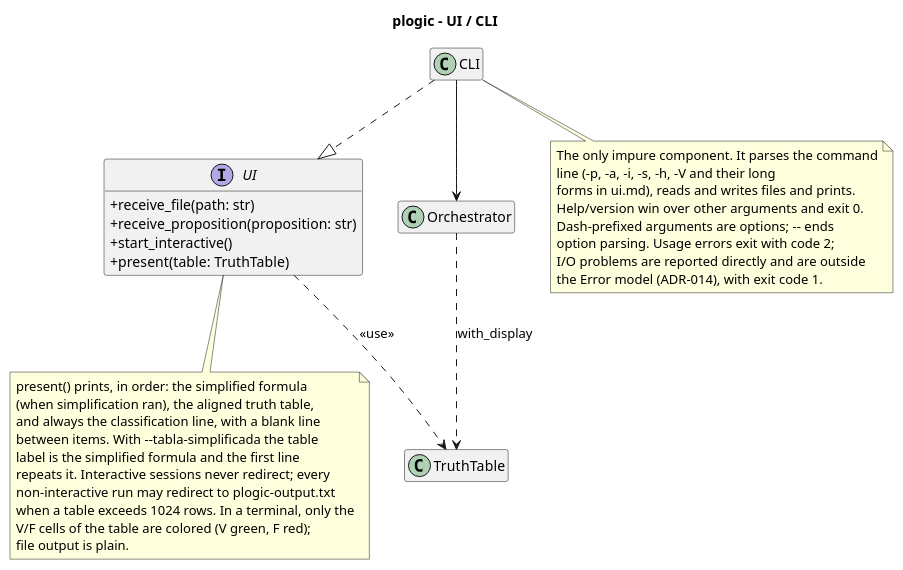
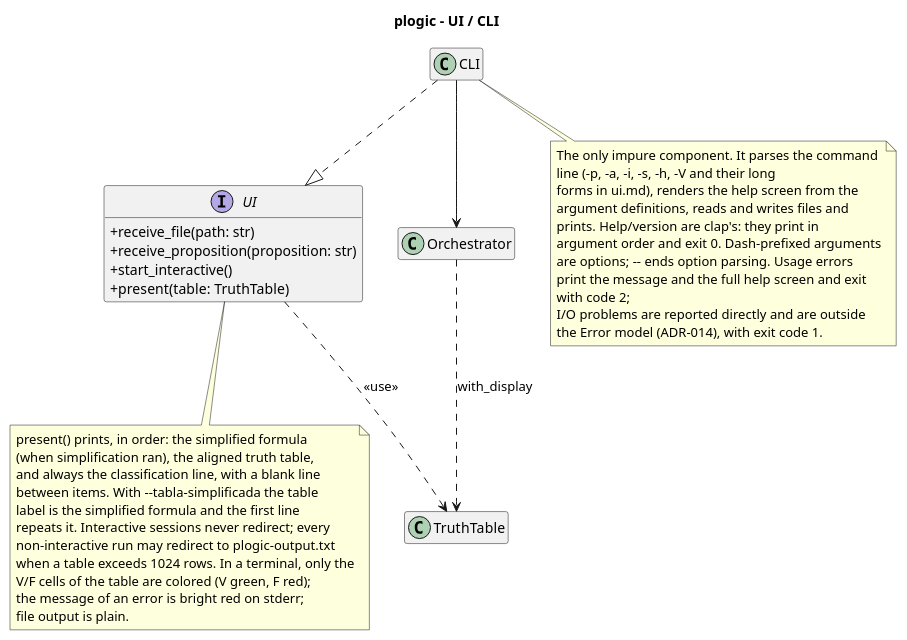
The diagram in design/diagrams/ui_class.puml (Josgtg/plogic), drawn with PlantUML before and after one commit. The commit also changed 3 other files, not shown here.

Commit message:
design: document the CLI parser, generated help and red errors

```diff
--- a/design/diagrams/ui_class.puml
+++ b/design/diagrams/ui_class.puml
@@ -1,51 +1,55 @@
 @startuml ui_class
 title plogic - UI / CLI
 
 skinparam classAttributeIconSize 0
 hide empty members
 
 interface UI {
   +receive_file(path: str)
   +receive_proposition(proposition: str)
   +start_interactive()
   +present(table: TruthTable)
 }
 
 class CLI
 
 class Orchestrator
 
 class TruthTable
 
 note bottom of CLI
   The only impure component. It parses the command
   line (-p, -a, -i, -s, -h, -V and their long
-  forms in ui.md), reads and writes files and prints.
-  Help/version win over other arguments and exit 0.
-  Dash-prefixed arguments are options; -- ends
-  option parsing. Usage errors exit with code 2;
+  forms in ui.md), renders the help screen from the
+  argument definitions, reads and writes files and
+  prints. Help/version are clap's: they print in
+  argument order and exit 0. Dash-prefixed arguments
+  are options; -- ends option parsing. Usage errors
+  print the message and the full help screen and exit
+  with code 2;
   I/O problems are reported directly and are outside
   the Error model (ADR-014), with exit code 1.
 end note
 
 note bottom of UI
   present() prints, in order: the simplified formula
   (when simplification ran), the aligned truth table,
   and always the classification line, with a blank line
   between items. With --tabla-simplificada the table
   label is the simplified formula and the first line
   repeats it. Interactive sessions never redirect; every
   non-interactive run may redirect to plogic-output.txt
   when a table exceeds 1024 rows. In a terminal, only the
   V/F cells of the table are colored (V green, F red);
+  the message of an error is bright red on stderr;
   file output is plain.
 end note
 
 CLI ..|> UI
 CLI --> Orchestrator
 
 Orchestrator ..> TruthTable : with_display
 
 UI ..> TruthTable : <<use>>
 
 @enduml
```
